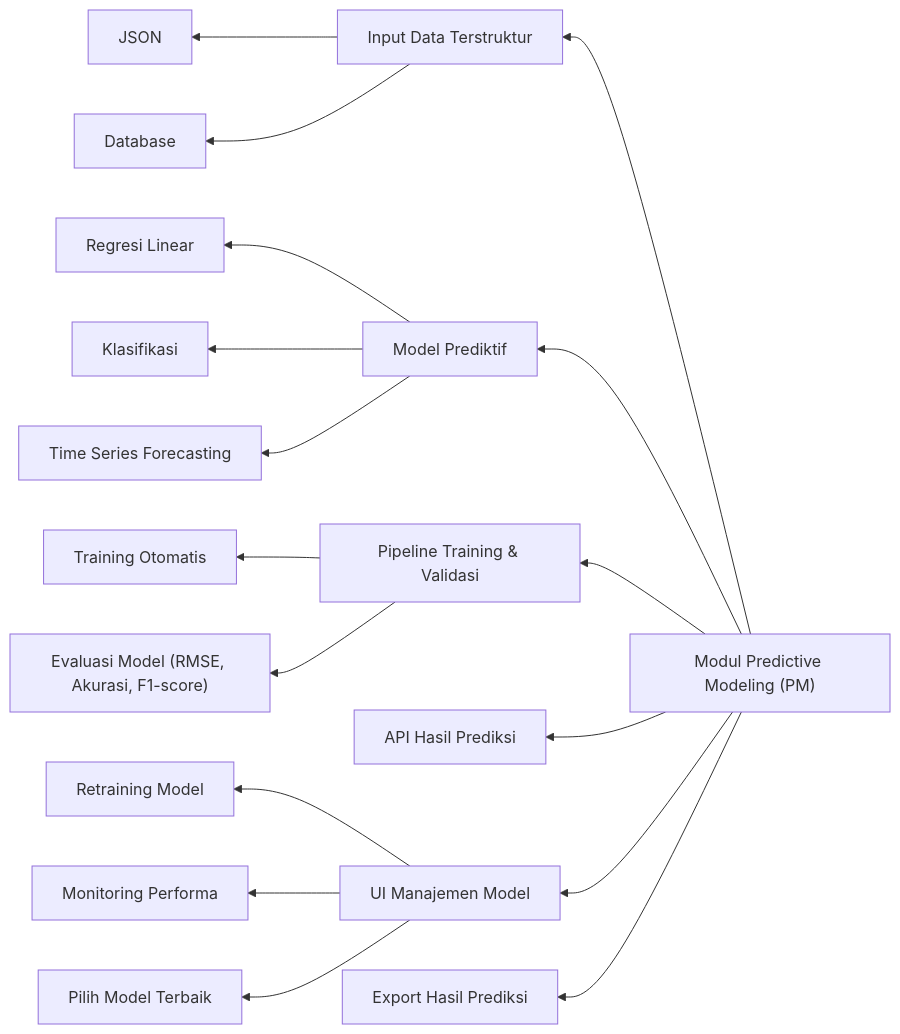
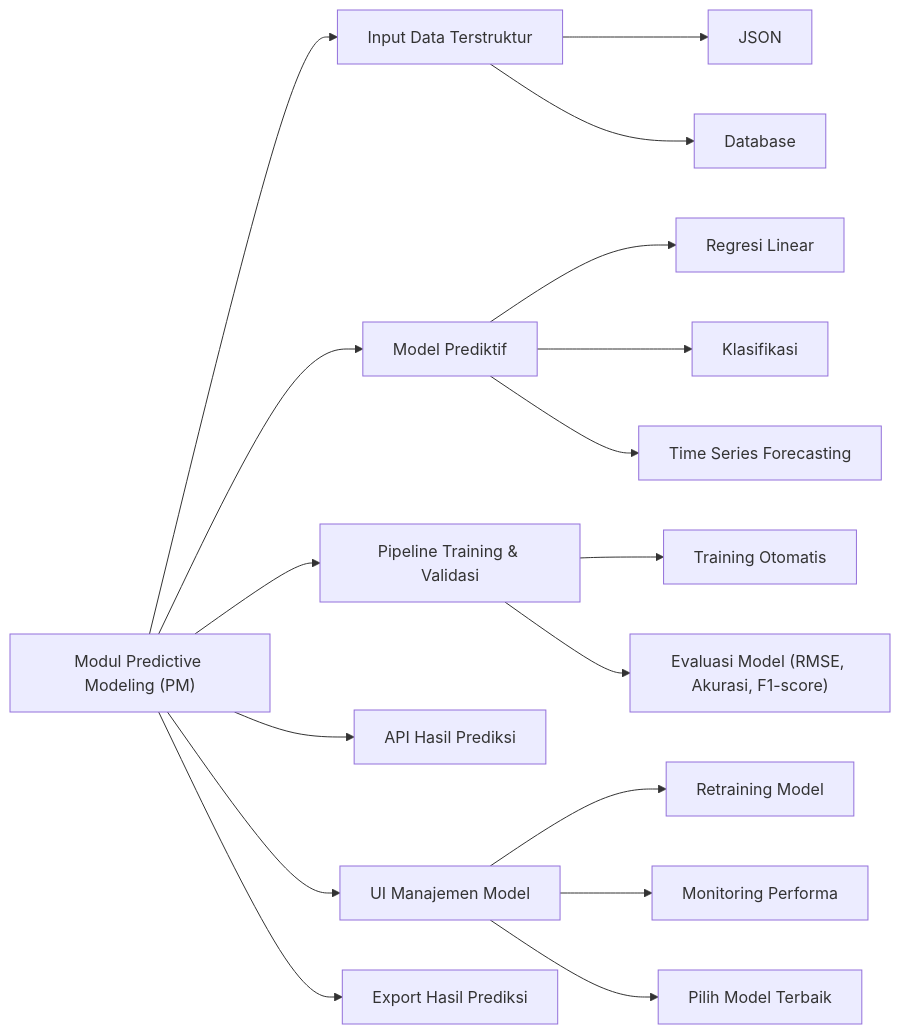
The diagram in README.md (mrbrightsides/rantai-model-predi), drawn with Mermaid before and after one commit.

Commit message:
Change graph direction from RL to LR
Updated graph direction in README for clarity.

````diff
--- a/README.md
+++ b/README.md
@@ -29,23 +29,23 @@
 ```mermaid
-graph RL
+graph LR
     A["Modul Predictive Modeling (PM)"] --> B["Input Data Terstruktur"]
     A --> C["Model Prediktif"]
     A --> D["Pipeline Training & Validasi"]
     A --> E["API Hasil Prediksi"]
     A --> F["UI Manajemen Model"]
     A --> G["Export Hasil Prediksi"]
 
     B --> B1["JSON"]
     B --> B2["Database"]
 
     C --> C1["Regresi Linear"]
     C --> C2["Klasifikasi"]
     C --> C3["Time Series Forecasting"]
 
     D --> D1["Training Otomatis"]
     D --> D2["Evaluasi Model (RMSE, Akurasi, F1-score)"]
 
     F --> F1["Retraining Model"]
     F --> F2["Monitoring Performa"]
     F --> F3["Pilih Model Terbaik"]
 ```
````
